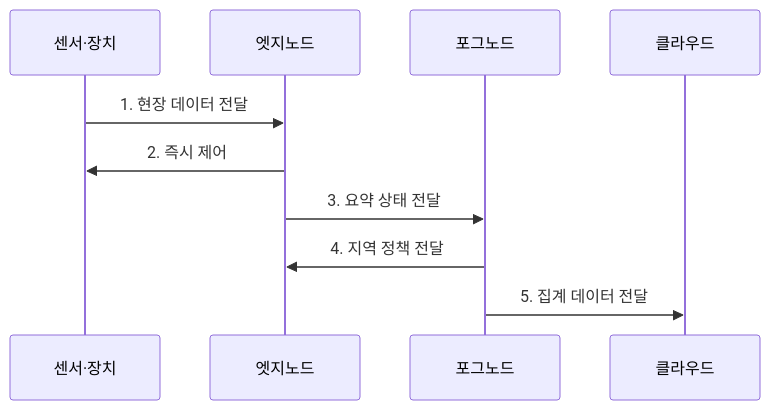
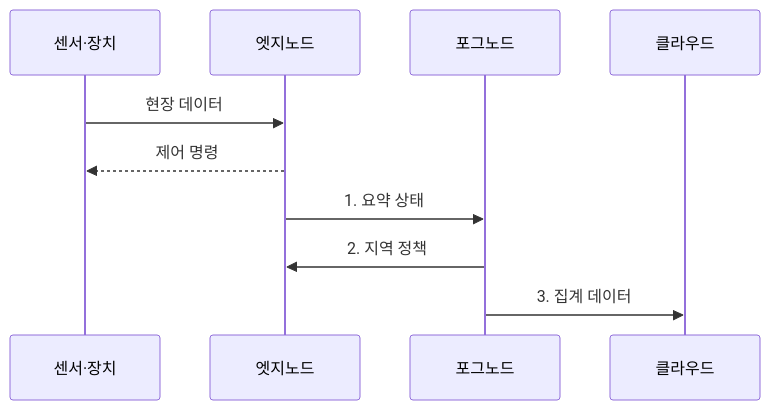
One commit to agnusdei1207/knowledge-base changed the second of 2 diagrams in src/content/docs/notes/04-network/047_edge_vs_fog_computing.md. Above: the diagram before and after it, drawn with Mermaid. The commit also changed other lines of this file and 20 other files, not shown here.

````diff
--- a/src/content/docs/notes/04-network/047_edge_vs_fog_computing.md
+++ b/src/content/docs/notes/04-network/047_edge_vs_fog_computing.md
@@ -80,12 +88,12 @@
 ```mermaid
 sequenceDiagram
     participant 센서·장치
     participant 엣지노드
     participant 포그노드
     participant 클라우드
-    센서·장치->>엣지노드: 1. 현장 데이터 전달
-    엣지노드->>센서·장치: 2. 즉시 제어
-    엣지노드->>포그노드: 3. 요약 상태 전달
-    포그노드->>엣지노드: 4. 지역 정책 전달
-    포그노드->>클라우드: 5. 집계 데이터 전달
+    센서·장치->>엣지노드: 현장 데이터
+    엣지노드-->>센서·장치: 제어 명령
+    엣지노드->>포그노드: 1. 요약 상태
+    포그노드->>엣지노드: 2. 지역 정책
+    포그노드->>클라우드: 3. 집계 데이터
 ```
````
